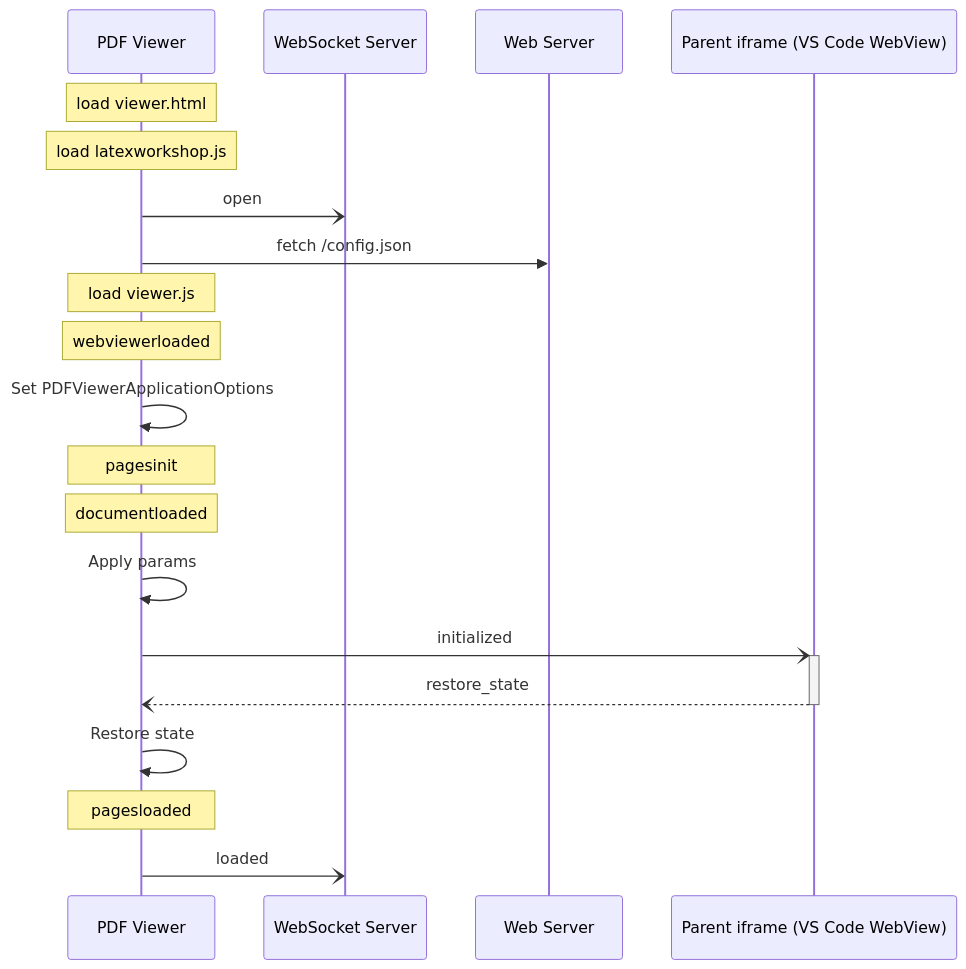
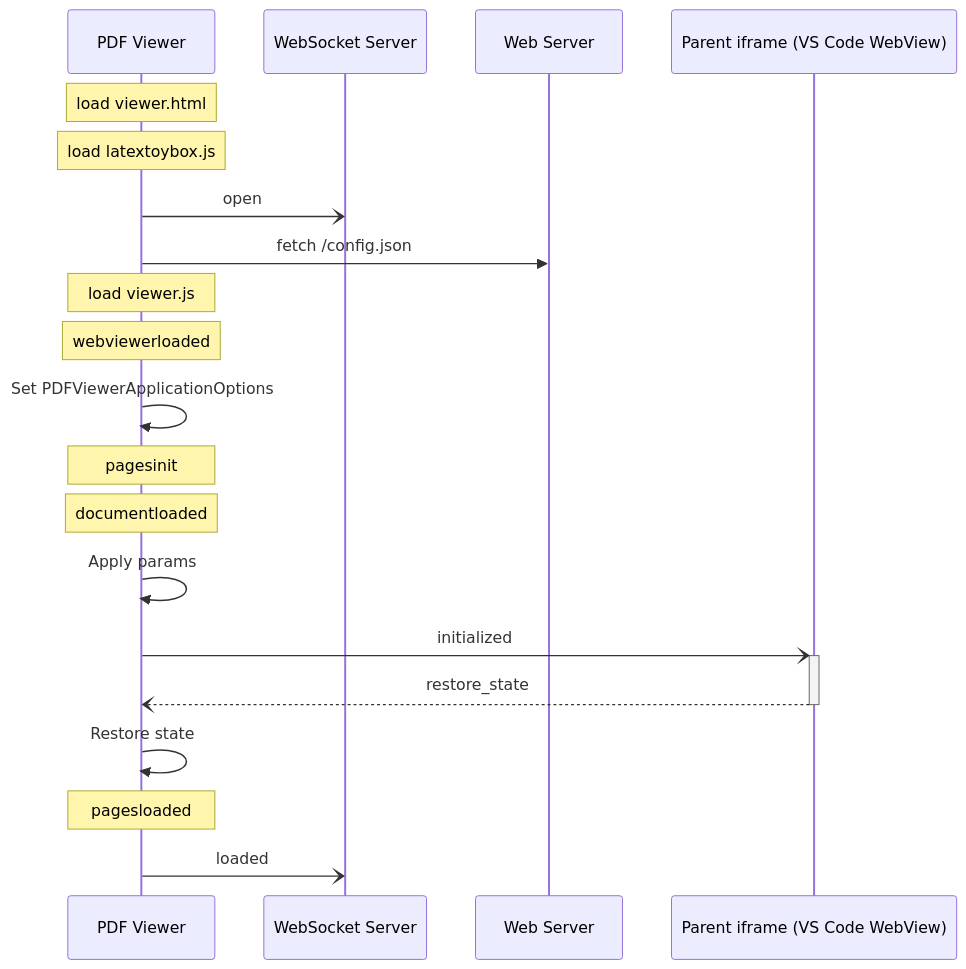
Before and after one commit to tamuratak/latex-toybox: the fifth of 10 diagrams in viewer/README.md, drawn with Mermaid. The commit also changed other lines of this file, not shown here.

Commit message:
Edit viewer/README.md [skip ci]

````diff
--- a/viewer/README.md
+++ b/viewer/README.md
@@ -129,22 +130,22 @@
 ```mermaid
 sequenceDiagram
   participant Viewer as PDF Viewer
   participant Server as WebSocket Server
   participant WebServer as Web Server
   participant Iframe as Parent iframe (VS Code WebView)
   Note over Viewer: load viewer.html
-  Note over Viewer: load latexworkshop.js
+  Note over Viewer: load latextoybox.js
   Viewer-)Server: open
   Viewer->>WebServer: fetch /config.json
   Note over Viewer: load viewer.js
   Note over Viewer: webviewerloaded
   Viewer->>Viewer: Set PDFViewerApplicationOptions
   Note over Viewer: pagesinit
   Note over Viewer: documentloaded
   Viewer->>Viewer: Apply params
   Viewer-)+Iframe: initialized
   Iframe--)-Viewer: restore_state
   Viewer->>Viewer: Restore state
   Note over Viewer: pagesloaded
   Viewer-)Server: loaded
 ```
````
